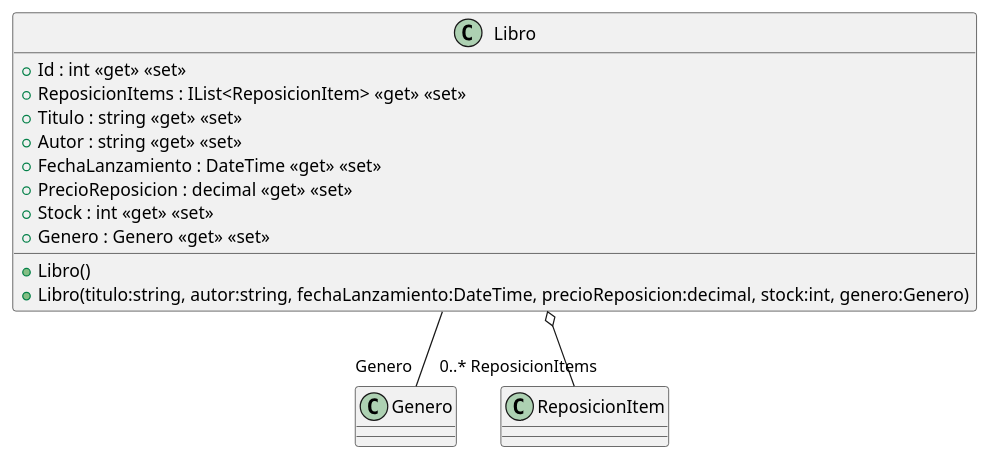
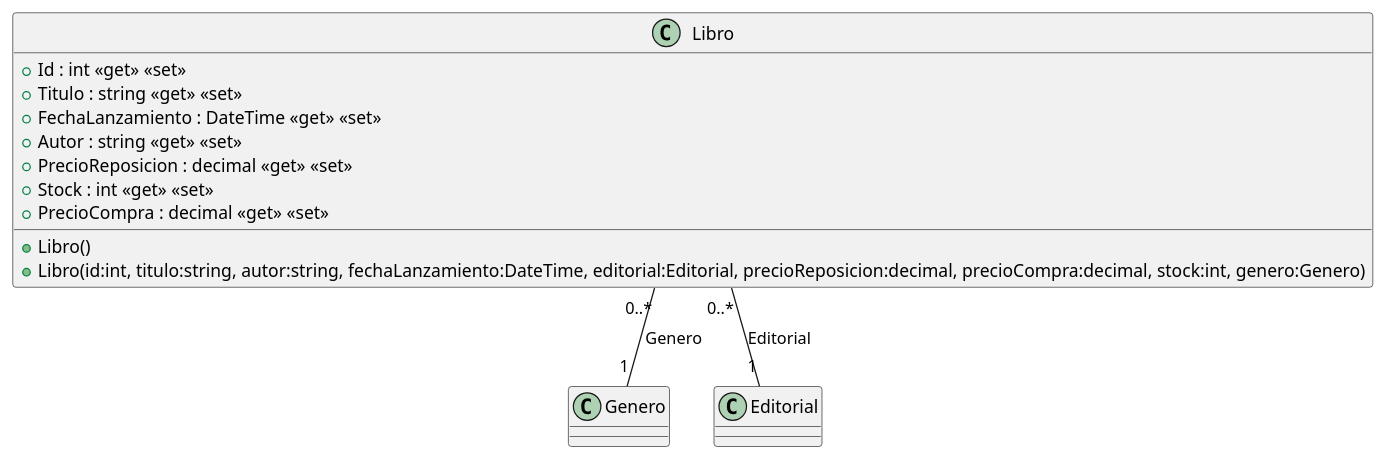
The diagram in src/AppForSEII.API/ClassDiagram/Libro.puml (ISII2627DDNProject/ISII2627DDNProject), drawn with PlantUML before and after one commit. The commit also changed 11 other files, not shown here.

First line of the commit message:
Implementación dell diagrama del CU1: Comprar libros (#74)

```diff
--- a/src/AppForSEII.API/ClassDiagram/Libro.puml
+++ b/src/AppForSEII.API/ClassDiagram/Libro.puml
@@ -1,18 +1,15 @@
 @startuml
 class Libro {
     + Libro()
-    + Libro(titulo:string, autor:string, fechaLanzamiento:DateTime, precioReposicion:decimal, stock:int, genero:Genero)
+    + Libro(id:int, titulo:string, autor:string, fechaLanzamiento:DateTime, editorial:Editorial, precioReposicion:decimal, precioCompra:decimal, stock:int, genero:Genero)
     + Id : int <<get>> <<set>>
-    + ReposicionItems : IList<ReposicionItem> <<get>> <<set>>
     + Titulo : string <<get>> <<set>>
+    + FechaLanzamiento : DateTime <<get>> <<set>>
     + Autor : string <<get>> <<set>>
-    + FechaLanzamiento : DateTime <<get>> <<set>>
     + PrecioReposicion : decimal <<get>> <<set>>
     + Stock : int <<get>> <<set>>
-    + Genero : Genero <<get>> <<set>>
+    + PrecioCompra : decimal <<get>> <<set>>
 }
-
-Libro -- "Genero" Genero
-Libro o-- "0..* ReposicionItems" "ReposicionItem"
-
+Libro "0..*" -- "1" Genero : Genero
+Libro "0..*" -- "1" Editorial : Editorial
 @enduml
```
